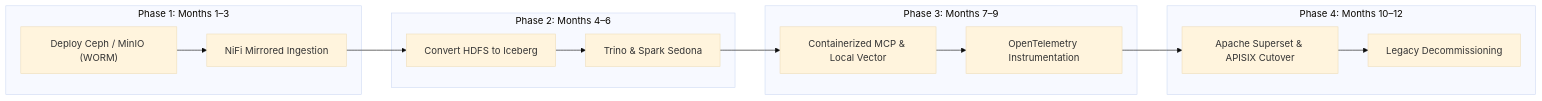
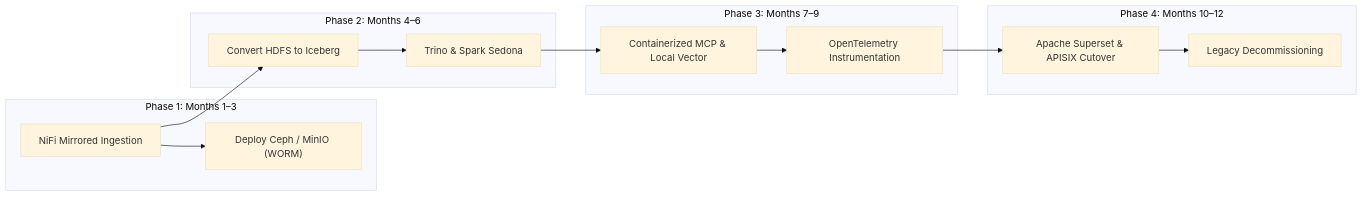
The diagram in docs/how-to-guides/phased-migration-strategy.md (linuxmalaysia/bda-ai-infra), drawn with Mermaid (base theme) before and after one commit. The commit also changed other lines of this file and 18 other files, not shown here.

First line of the commit message:
docs: address PR review feedback across diagrams, Mermaid graphs, and routing tables

````diff
--- a/docs/how-to-guides/phased-migration-strategy.md
+++ b/docs/how-to-guides/phased-migration-strategy.md
@@ -95,30 +95,30 @@
 ```mermaid
 flowchart LR
     subgraph P1 ["Phase 1: Months 1–3"]
         P1_Ceph["Deploy Ceph / MinIO (WORM)"]
         P1_NiFi["NiFi Mirrored Ingestion"]
     end
 
     subgraph P2 ["Phase 2: Months 4–6"]
         P2_Iceberg["Convert HDFS to Iceberg"]
         P2_Trino["Trino & Spark Sedona"]
     end
 
     subgraph P3 ["Phase 3: Months 7–9"]
         P3_MCP["Containerized MCP & Local Vector"]
         P3_OTel["OpenTelemetry Instrumentation"]
     end
 
     subgraph P4 ["Phase 4: Months 10–12"]
         P4_Superset["Apache Superset & APISIX Cutover"]
         P4_Decom["Legacy Decommissioning"]
     end
 
-    P1_Ceph --> P1_NiFi
+    P1_NiFi --> P1_Ceph
     P1_NiFi --> P2_Iceberg
     P2_Iceberg --> P2_Trino
     P2_Trino --> P3_MCP
     P3_MCP --> P3_OTel
     P3_OTel --> P4_Superset
     P4_Superset --> P4_Decom
 ```
````
